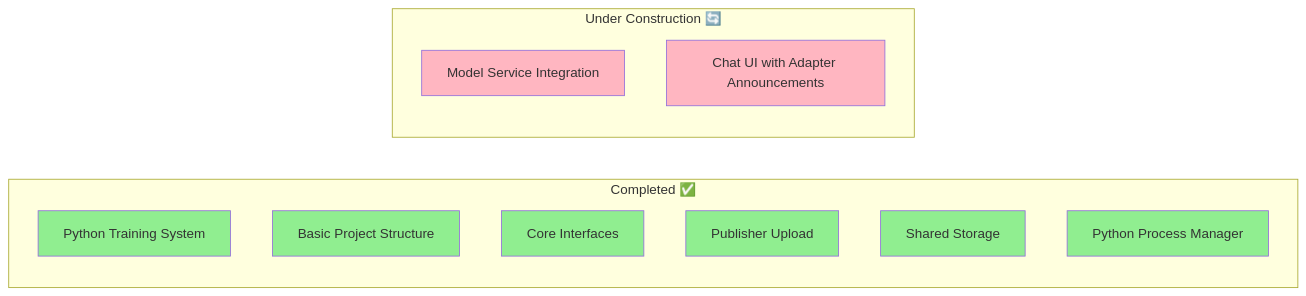
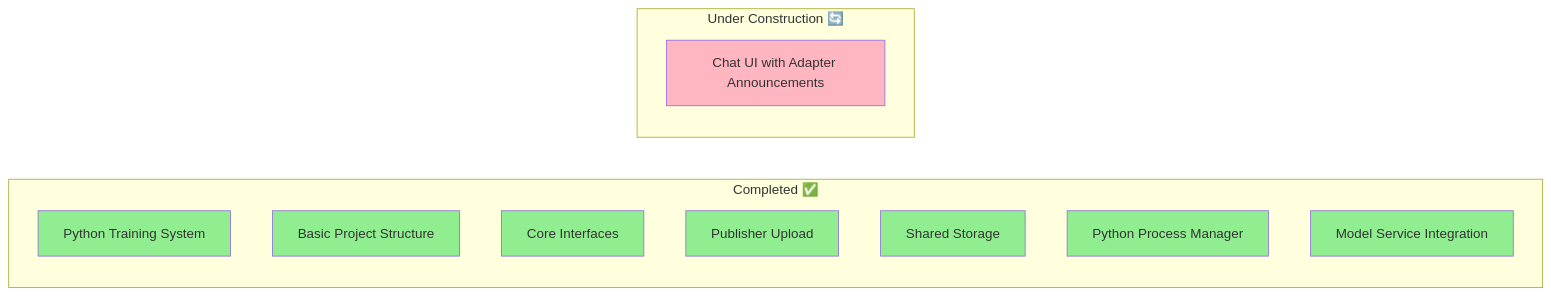
The third of 7 diagrams in STORY.md (gsinghjay/LLMAdapterClient), drawn with Mermaid before and after one commit. The commit also changed other lines of this file and 2 other files, not shown here.

Commit message:
docs: update documentation to reflect completed ModelService implementation

````diff
--- a/STORY.md
+++ b/STORY.md
@@ -100,25 +100,25 @@
 ```mermaid
 graph LR
     subgraph "Completed ✅"
         A[Python Training System]
         B[Basic Project Structure]
         C[Core Interfaces]
         D[Publisher Upload]
         E[Shared Storage]
         F[Python Process Manager]
+        G[Model Service Integration]
     end
     
     subgraph "Under Construction 🔄"
-        G[Model Service Integration]
         H[Chat UI with Adapter Announcements]
     end
     
     style A fill:#90EE90
     style B fill:#90EE90
     style C fill:#90EE90
     style D fill:#90EE90
     style E fill:#90EE90
     style F fill:#90EE90
-    style G fill:#FFB6C1
+    style G fill:#90EE90
     style H fill:#FFB6C1
 ```
````
